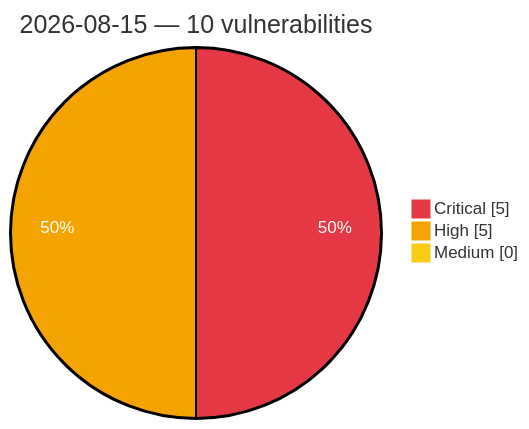
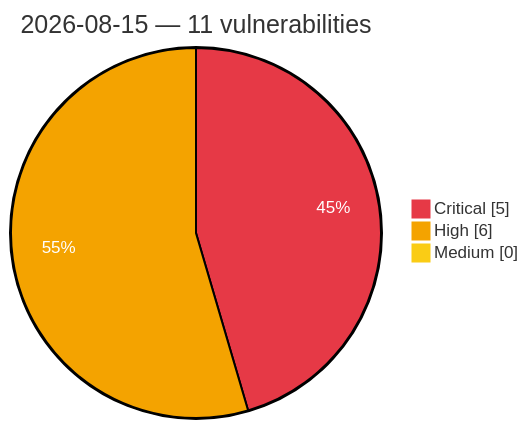
Before and after one commit to GhostX0X/vuln-tracker: the diagram in vulnerabilities/2026/August/2026-08-15.md, drawn with Mermaid. The commit also changed other lines of this file and 5 other files, not shown here.

````diff
--- a/vulnerabilities/2026/August/2026-08-15.md
+++ b/vulnerabilities/2026/August/2026-08-15.md
@@ -3,8 +3,8 @@
 ```mermaid
 %%{init: {'theme':'base', 'themeVariables': {'pie1':'#e63946', 'pie2':'#f4a300', 'pie3':'#facc15', 'pieOpacity':'1', 'pieOuterStrokeWidth':'2px', 'pieSectionTextColor':'#ffffff'}}}%%
 pie showData
-    title 2026-08-15 — 10 vulnerabilities
+    title 2026-08-15 — 11 vulnerabilities
     "Critical" : 5
-    "High" : 5
+    "High" : 6
     "Medium" : 0
 ```
````
